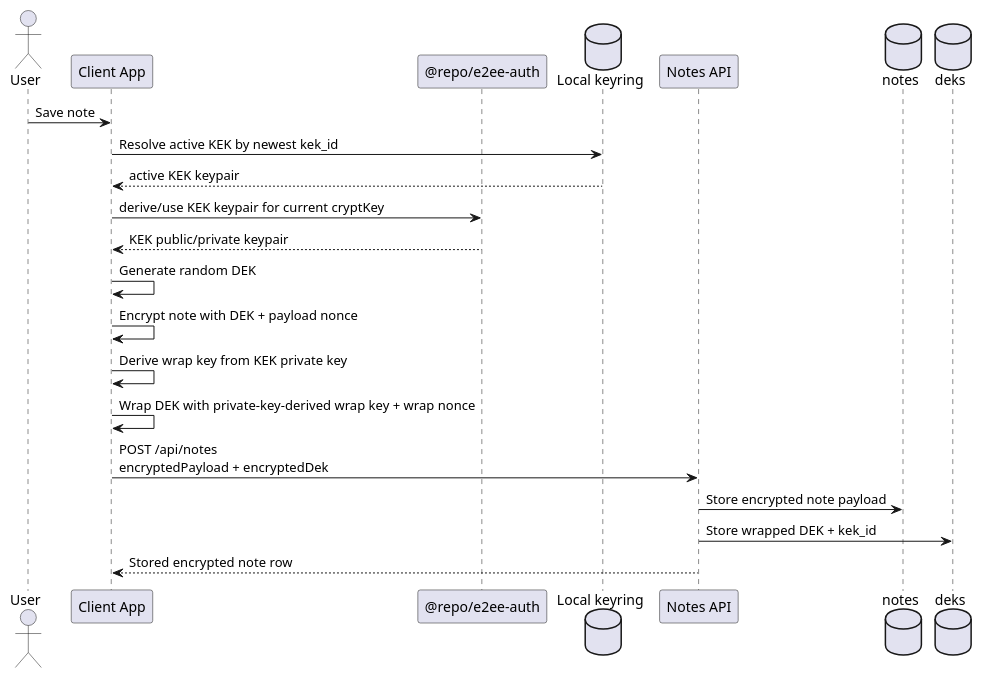
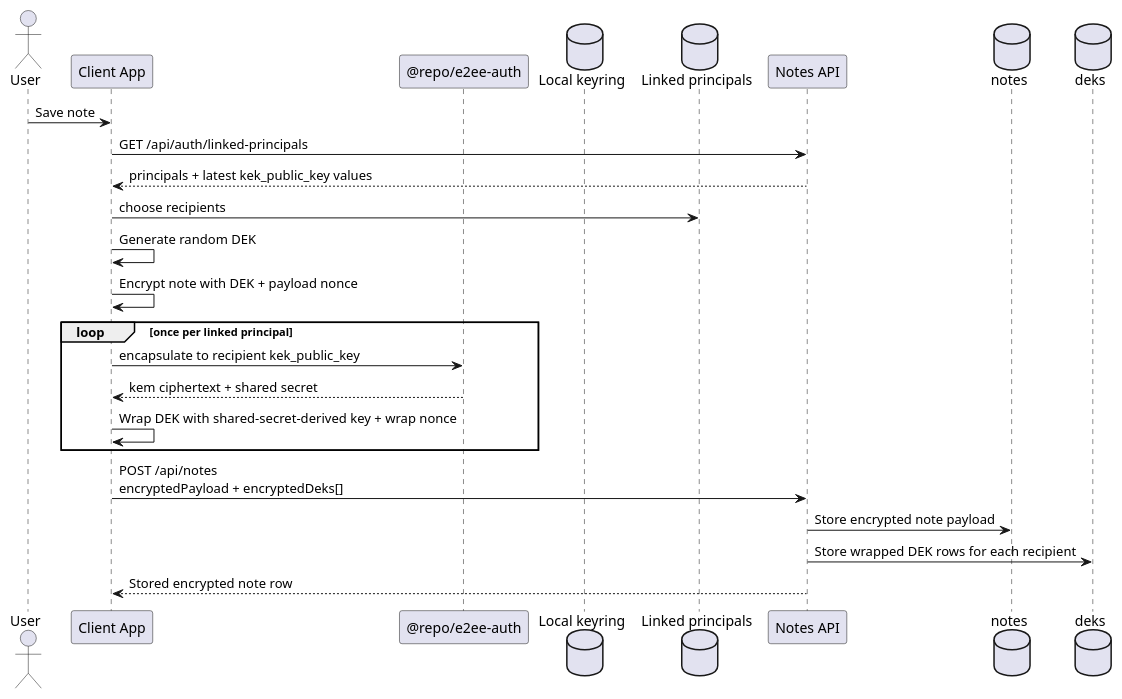
The first of 3 diagrams in apps/docs/docs/auth-note-encryption.md (benedikt-weyer/preset-reactnative-expo-frontend-rust-backend-e2ee-github), drawn with PlantUML before and after one commit. The commit also changed other lines of this file and 27 other files, not shown here.

````diff
--- a/apps/docs/docs/auth-note-encryption.md
+++ b/apps/docs/docs/auth-note-encryption.md
@@ -28,27 +28,30 @@
 ```plantuml format="svg_inline" alt="Encrypted note save sequence" title="Encrypted note save sequence"
 @startuml
 skinparam shadowing false
 
 actor User
 participant "Client App" as Client
 participant "@repo/e2ee-auth" as Shared
 database "Local keyring" as Keyring
+database "Linked principals" as Principals
 participant "Notes API" as Api
 database "notes" as Notes
 database "deks" as Deks
 
 User -> Client: Save note
-Client -> Keyring: Resolve active KEK by newest kek_id
-Keyring --> Client: active KEK keypair
-Client -> Shared: derive/use KEK keypair for current cryptKey
-Shared --> Client: KEK public/private keypair
+Client -> Api: GET /api/auth/linked-principals
+Api --> Client: principals + latest kek_public_key values
+Client -> Principals: choose recipients
 Client -> Client: Generate random DEK
 Client -> Client: Encrypt note with DEK + payload nonce
-Client -> Client: Derive wrap key from KEK private key
-Client -> Client: Wrap DEK with private-key-derived wrap key + wrap nonce
-Client -> Api: POST /api/notes\nencryptedPayload + encryptedDek
+loop once per linked principal
+   Client -> Shared: encapsulate to recipient kek_public_key
+   Shared --> Client: kem ciphertext + shared secret
+   Client -> Client: Wrap DEK with shared-secret-derived key + wrap nonce
+end
+Client -> Api: POST /api/notes\nencryptedPayload + encryptedDeks[]
 Api -> Notes: Store encrypted note payload
-Api -> Deks: Store wrapped DEK + kek_id
+Api -> Deks: Store wrapped DEK rows for each recipient
 Api --> Client: Stored encrypted note row
 @enduml
 ```
````
